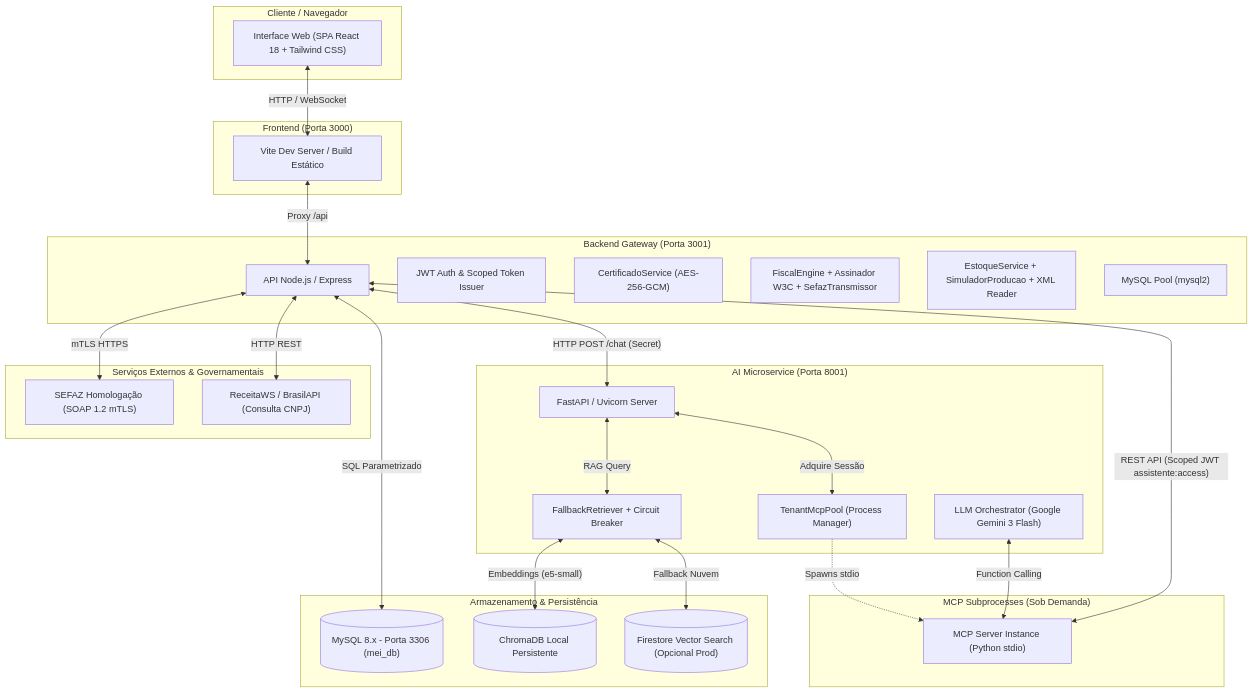
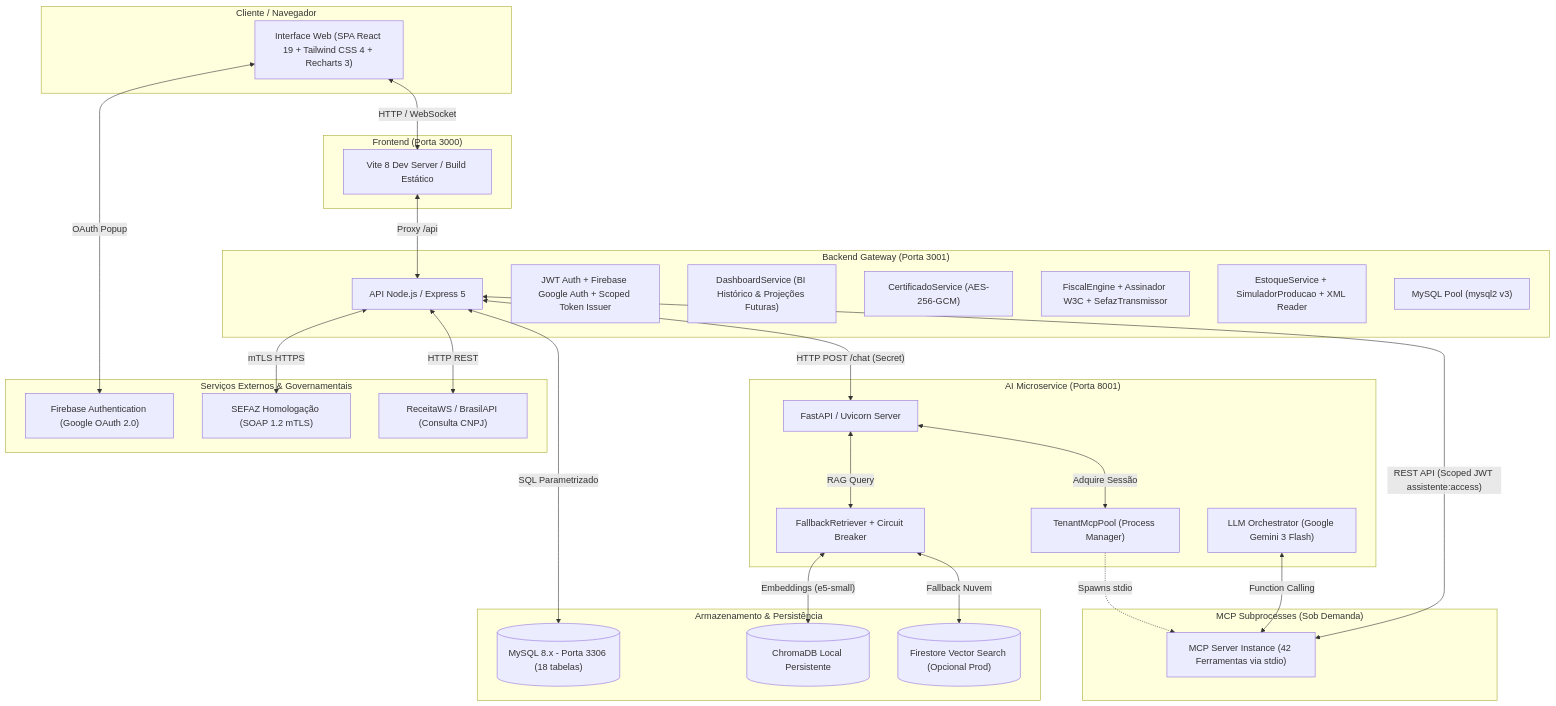
One commit to JoaoVictorOAS/projeto-final-arandue changed the diagram in README.md. Above: the diagram before and after it, drawn with Mermaid. The commit also changed other lines of this file, not shown here.

Commit message:
docs(readme): atualiza documentacao com dashboards BI, Firebase Auth, 42 tools MCP e nova stack

````diff
--- a/README.md
+++ b/README.md
@@ -82,57 +92,60 @@
 ```mermaid
 flowchart TD
     subgraph Client["Cliente / Navegador"]
-        Browser["Interface Web (SPA React 18 + Tailwind CSS)"]
+        Browser["Interface Web (SPA React 19 + Tailwind CSS 4 + Recharts 3)"]
     end
 
     subgraph FrontendServer["Frontend (Porta 3000)"]
-        Vite["Vite Dev Server / Build Estático"]
+        Vite["Vite 8 Dev Server / Build Estático"]
     end
 
     subgraph BackendGateway["Backend Gateway (Porta 3001)"]
-        Express["API Node.js / Express"]
-        AuthMid["JWT Auth & Scoped Token Issuer"]
+        Express["API Node.js / Express 5"]
+        AuthMid["JWT Auth + Firebase Google Auth + Scoped Token Issuer"]
+        DashEng["DashboardService (BI Histórico & Projeções Futuras)"]
         CertSec["CertificadoService (AES-256-GCM)"]
         FiscalEng["FiscalEngine + Assinador W3C + SefazTransmissor"]
         StockEng["EstoqueService + SimuladorProducao + XML Reader"]
-        DBPool["MySQL Pool (mysql2)"]
+        DBPool["MySQL Pool (mysql2 v3)"]
     end
 
     subgraph AIService["AI Microservice (Porta 8001)"]
         FastAPI["FastAPI / Uvicorn Server"]
         Orchestrator["LLM Orchestrator (Google Gemini 3 Flash)"]
         Retriever["FallbackRetriever + Circuit Breaker"]
         McpPool["TenantMcpPool (Process Manager)"]
     end
 
     subgraph MCPServer["MCP Subprocesses (Sob Demanda)"]
-        TenantMCP["MCP Server Instance (Python stdio)"]
+        TenantMCP["MCP Server Instance (42 Ferramentas via stdio)"]
     end
 
     subgraph ExternalServices["Serviços Externos & Governamentais"]
+        FirebaseAuth["Firebase Authentication (Google OAuth 2.0)"]
         SEFAZ["SEFAZ Homologação (SOAP 1.2 mTLS)"]
         ReceitaWS["ReceitaWS / BrasilAPI (Consulta CNPJ)"]
     end
 
     subgraph Storage["Armazenamento & Persistência"]
-        MySQL[("MySQL 8.x - Porta 3306 (mei_db)")]
+        MySQL[("MySQL 8.x - Porta 3306 (18 tabelas)")]
         Chroma[("ChromaDB Local Persistente")]
         Firestore[("Firestore Vector Search (Opcional Prod)")]
     end
 
+    Browser <-->|"OAuth Popup"| FirebaseAuth
     Browser <-->|"HTTP / WebSocket"| Vite
     Vite <-->|"Proxy /api"| Express
     Express <-->|"SQL Parametrizado"| MySQL
     Express <-->|"mTLS HTTPS"| SEFAZ
     Express <-->|"HTTP REST"| ReceitaWS
     Express <-->|"HTTP POST /chat (Secret)"| FastAPI
 
     FastAPI <-->|"RAG Query"| Retriever
     Retriever <-->|"Embeddings (e5-small)"| Chroma
     Retriever <-->|"Fallback Nuvem"| Firestore
 
     FastAPI <-->|"Adquire Sessão"| McpPool
     McpPool -.->|"Spawns stdio"| TenantMCP
     TenantMCP <-->|"REST API (Scoped JWT assistente:access)"| Express
     Orchestrator <-->|"Function Calling"| TenantMCP
 ```
````
